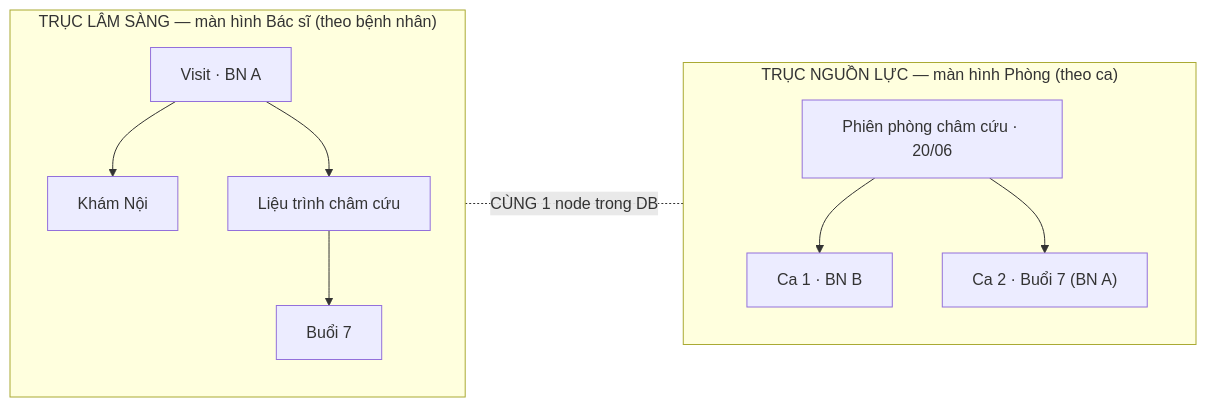
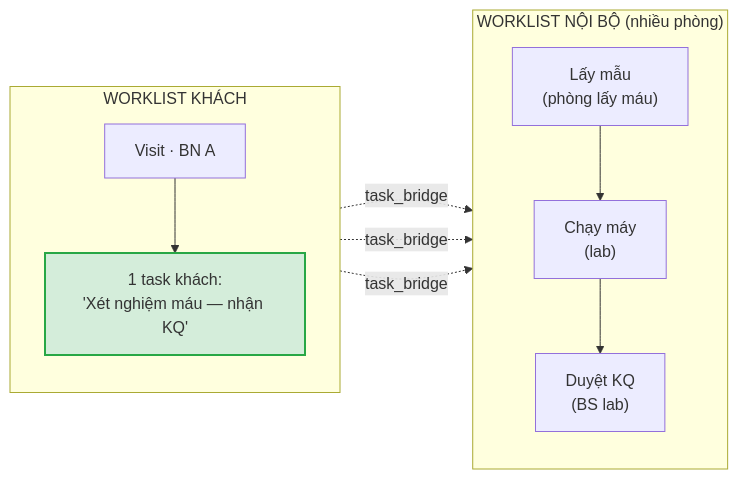
One commit to yumeekoo/DebateStructure changed the fourth of 4 diagrams in db_design_v1.md. Above: the diagram before and after it, drawn with Mermaid. The commit also changed other lines of this file and 8 other files, not shown here.

Commit message:
feat: Update database design and diagrams to implement task bridge for facade model

````diff
--- a/db_design_v1.md
+++ b/db_design_v1.md
@@ -163,15 +189,15 @@
 ```mermaid
 flowchart LR
-    subgraph clinical["TRỤC LÂM SÀNG — màn hình Bác sĩ (theo bệnh nhân)"]
+    subgraph facade["WORKLIST KHÁCH"]
         direction TB
-        V["Visit · BN A"] --> E1["Khám Nội"]
-        V --> C["Liệu trình châm cứu"]
-        C --> B7["Buổi 7"]
+        VK["Visit · BN A"] --> TK["1 task khách:<br/>'Xét nghiệm máu — nhận KQ'"]
     end
-    subgraph resource["TRỤC NGUỒN LỰC — màn hình Phòng (theo ca)"]
+    subgraph internal["WORKLIST NỘI BỘ (nhiều phòng)"]
         direction TB
-        RS["Phiên phòng châm cứu · 20/06"] --> X1["Ca 1 · BN B"]
-        RS --> B7r["Ca 2 · Buổi 7 (BN A)"]
+        I1["Lấy mẫu<br/>(phòng lấy máu)"] --> I2["Chạy máy<br/>(lab)"] --> I3["Duyệt KQ<br/>(BS lab)"]
     end
-    B7 -. "CÙNG 1 node trong DB" .- B7r
+    TK -. "task_bridge" .-> I1
+    TK -. "task_bridge" .-> I2
+    TK -. "task_bridge" .-> I3
+    style TK fill:#d4edda,stroke:#28a745,stroke-width:2px
 ```
````
